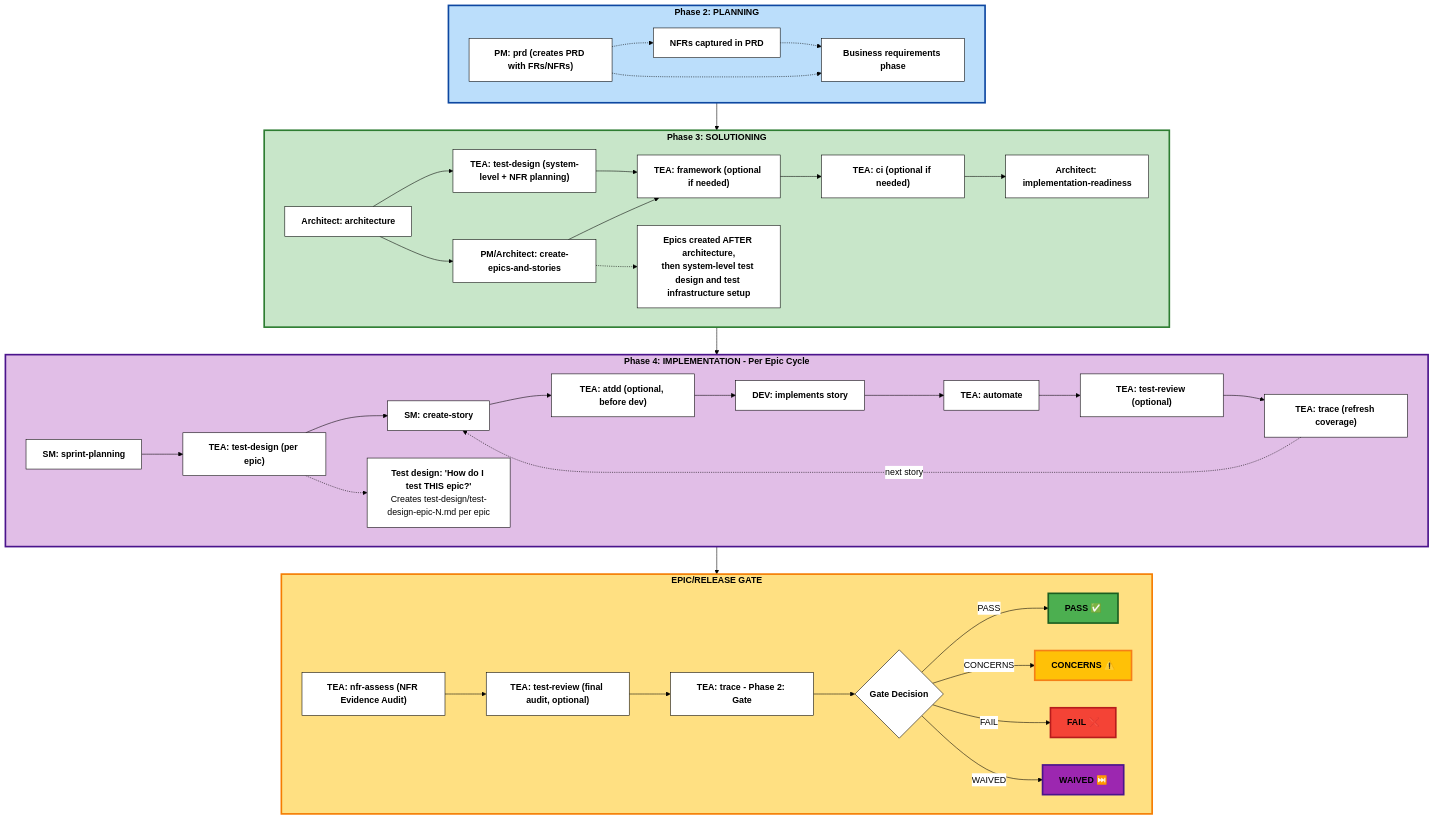
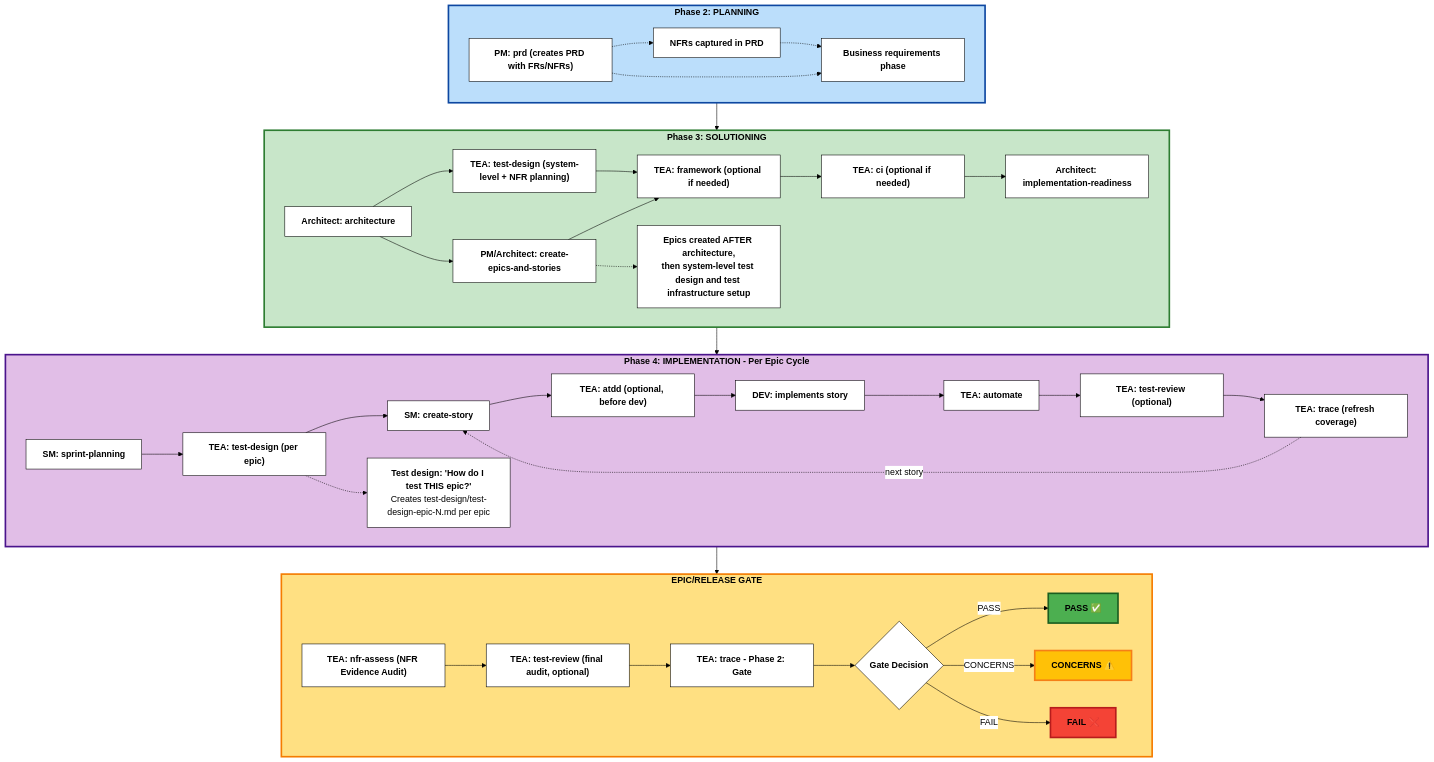
Before and after one commit to bmad-code-org/bmad-method-test-architecture-enterprise: the diagram in docs/explanation/tea-overview.md, drawn with Mermaid. The commit also changed other lines of this file and 70 other files, not shown here.

````diff
--- a/docs/explanation/tea-overview.md
+++ b/docs/explanation/tea-overview.md
@@ -52,79 +61,77 @@
 ```mermaid
 %%{init: {'theme':'base', 'themeVariables': { 'primaryColor':'#fff','primaryTextColor':'#000','primaryBorderColor':'#000','lineColor':'#000','secondaryColor':'#fff','tertiaryColor':'#fff','fontSize':'16px','fontFamily':'arial'}}}%%
 graph TB
     subgraph Phase2["<b>Phase 2: PLANNING</b>"]
         PM["<b>PM: prd (creates PRD with FRs/NFRs)</b>"]
         PlanNote["<b>Business requirements phase</b>"]
         PrdNfr["<b>NFRs captured in PRD</b>"]
         PM -.-> PrdNfr
         PrdNfr -.-> PlanNote
         PM -.-> PlanNote
     end
 
     subgraph Phase3["<b>Phase 3: SOLUTIONING</b>"]
         Architecture["<b>Architect: architecture</b>"]
         EpicsStories["<b>PM/Architect: create-epics-and-stories</b>"]
         TestDesignSys["<b>TEA: test-design (system-level + NFR planning)</b>"]
         Framework["<b>TEA: framework (optional if needed)</b>"]
         CI["<b>TEA: ci (optional if needed)</b>"]
         GateCheck["<b>Architect: implementation-readiness</b>"]
         Architecture --> EpicsStories
         Architecture --> TestDesignSys
         TestDesignSys --> Framework
         EpicsStories --> Framework
         Framework --> CI
         CI --> GateCheck
         Phase3Note["<b>Epics created AFTER architecture,</b><br/><b>then system-level test design and test infrastructure setup</b>"]
         EpicsStories -.-> Phase3Note
     end
 
     subgraph Phase4["<b>Phase 4: IMPLEMENTATION - Per Epic Cycle</b>"]
         SprintPlan["<b>SM: sprint-planning</b>"]
         TestDesign["<b>TEA: test-design (per epic)</b>"]
         CreateStory["<b>SM: create-story</b>"]
         ATDD["<b>TEA: atdd (optional, before dev)</b>"]
         DevImpl["<b>DEV: implements story</b>"]
         Automate["<b>TEA: automate</b>"]
         TestReview1["<b>TEA: test-review (optional)</b>"]
         Trace1["<b>TEA: trace (refresh coverage)</b>"]
 
         SprintPlan --> TestDesign
         TestDesign --> CreateStory
         CreateStory --> ATDD
         ATDD --> DevImpl
         DevImpl --> Automate
         Automate --> TestReview1
         TestReview1 --> Trace1
         Trace1 -.->|next story| CreateStory
         TestDesignNote["<b>Test design: 'How do I test THIS epic?'</b><br/>Creates test-design/test-design-epic-N.md per epic"]
         TestDesign -.-> TestDesignNote
     end
 
     subgraph Gate["<b>EPIC/RELEASE GATE</b>"]
         NFR["<b>TEA: nfr-assess (NFR Evidence Audit)</b>"]
         TestReview2["<b>TEA: test-review (final audit, optional)</b>"]
         TraceGate["<b>TEA: trace - Phase 2: Gate</b>"]
         GateDecision{"<b>Gate Decision</b>"}
 
         NFR --> TestReview2
         TestReview2 --> TraceGate
         TraceGate --> GateDecision
         GateDecision -->|PASS| Pass["<b>PASS ✅</b>"]
         GateDecision -->|CONCERNS| Concerns["<b>CONCERNS ⚠️</b>"]
         GateDecision -->|FAIL| Fail["<b>FAIL ❌</b>"]
-        GateDecision -->|WAIVED| Waived["<b>WAIVED ⏭️</b>"]
     end
 
     Phase2 --> Phase3
     Phase3 --> Phase4
     Phase4 --> Gate
 
     style Phase2 fill:#bbdefb,stroke:#0d47a1,stroke-width:3px,color:#000
     style Phase3 fill:#c8e6c9,stroke:#2e7d32,stroke-width:3px,color:#000
     style Phase4 fill:#e1bee7,stroke:#4a148c,stroke-width:3px,color:#000
     style Gate fill:#ffe082,stroke:#f57c00,stroke-width:3px,color:#000
     style Pass fill:#4caf50,stroke:#1b5e20,stroke-width:3px,color:#000
     style Concerns fill:#ffc107,stroke:#f57f17,stroke-width:3px,color:#000
     style Fail fill:#f44336,stroke:#b71c1c,stroke-width:3px,color:#000
-    style Waived fill:#9c27b0,stroke:#4a148c,stroke-width:3px,color:#000
 ```
````
